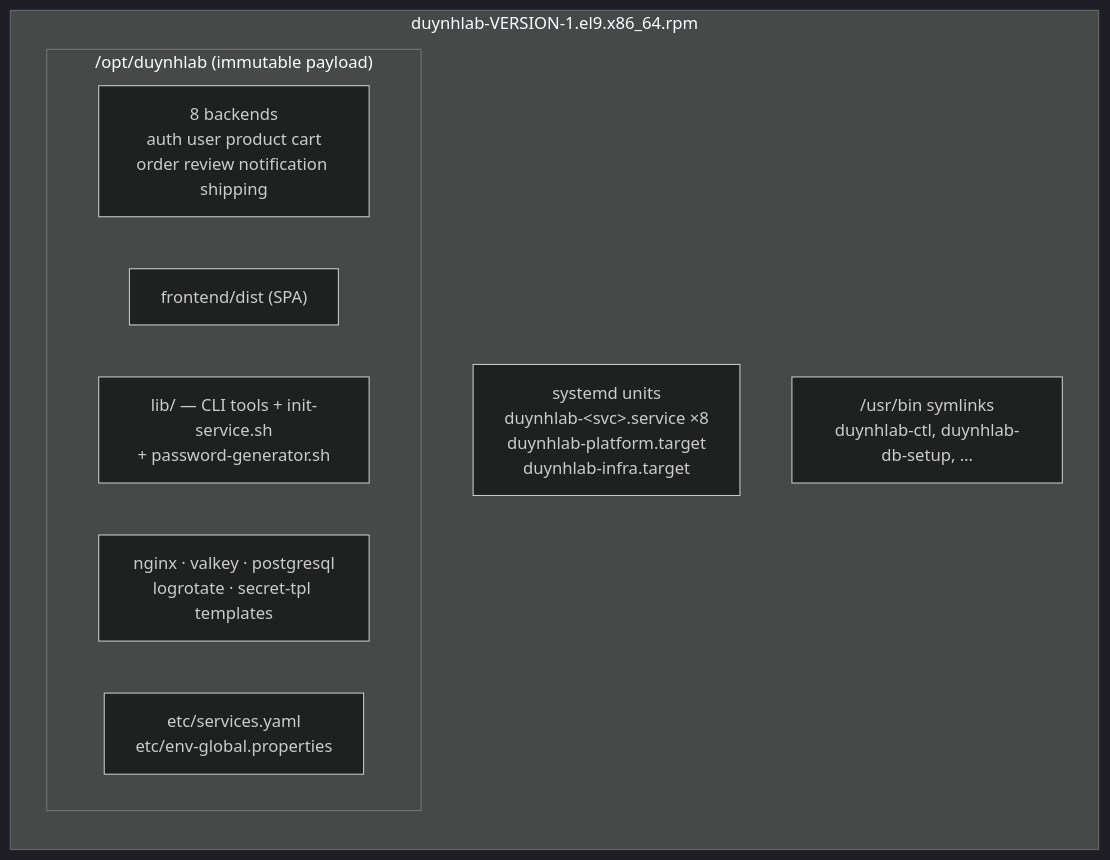
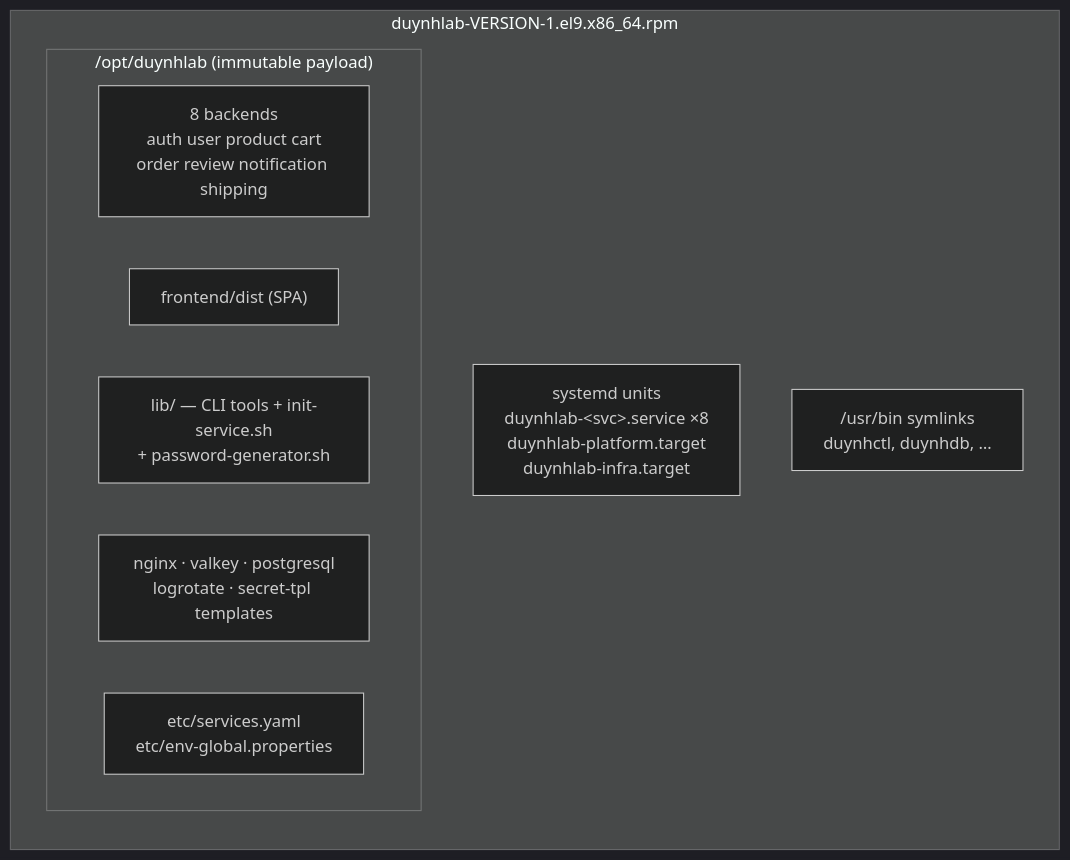
One commit to duynhlab/packages changed the first of 4 diagrams in docs/001-architecture.md. Above: the diagram before and after it, drawn with Mermaid (dark theme). The commit also changed other lines of this file and 23 other files, not shown here.

First line of the commit message:
refactor!: rename CLI tools to short names (duynhctl, duynhdb, duynhenv, duynhpass)

````diff
--- a/docs/001-architecture.md
+++ b/docs/001-architecture.md
@@ -25,15 +25,15 @@
 ```mermaid
 flowchart TB
   subgraph RPM["duynhlab-VERSION-1.el9.x86_64.rpm"]
     direction TB
     subgraph PAY["/opt/duynhlab  (immutable payload)"]
       B["8 backends<br/>auth user product cart<br/>order review notification shipping"]
       FE["frontend/dist (SPA)"]
       LIB["lib/ — CLI tools + init-service.sh<br/>+ password-generator.sh"]
       TPL["nginx · valkey · postgresql<br/>logrotate · secret-tpl templates"]
       ETCMETA["etc/services.yaml<br/>etc/env-global.properties"]
     end
     UNITS["systemd units<br/>duynhlab-&lt;svc&gt;.service ×8<br/>duynhlab-platform.target<br/>duynhlab-infra.target"]
-    BIN["/usr/bin symlinks<br/>duynhlab-ctl, duynhlab-db-setup, …"]
+    BIN["/usr/bin symlinks<br/>duynhctl, duynhdb, …"]
   end
 ```
````
